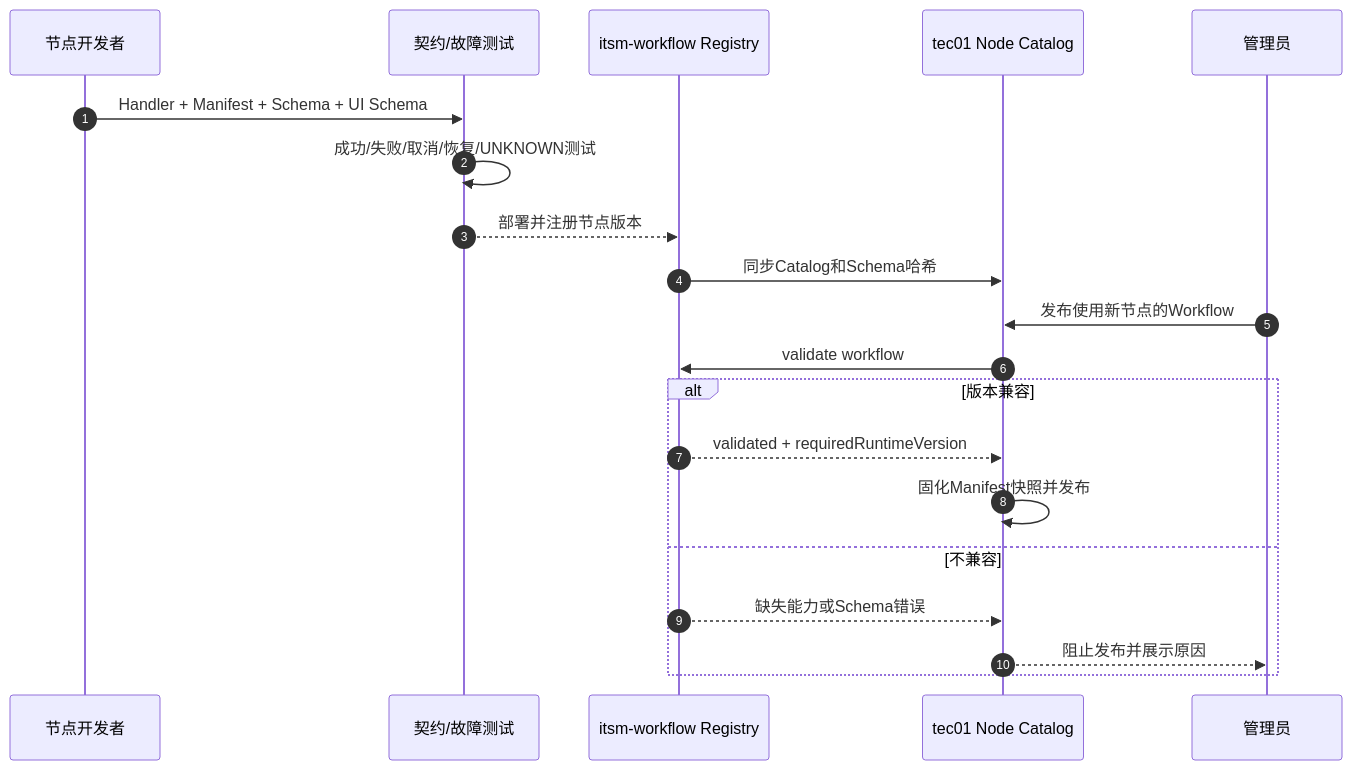
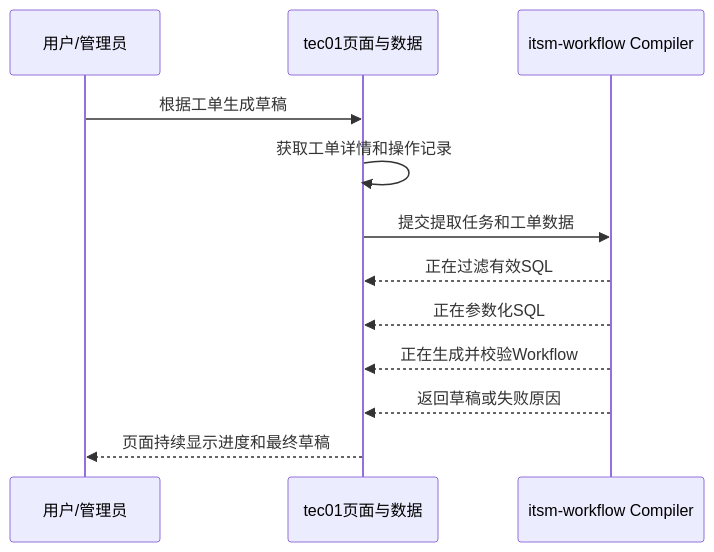
Before and after one commit to armin1024/itsm-workflow: the second of 5 diagrams in docs/tec01-control-plane-split.md, drawn with Mermaid. The commit also changed other lines of this file and 7 other files, not shown here.

Commit message:
docs: simplify tec01 push scheduling and user flows

````diff
--- a/docs/tec01-control-plane-split.md
+++ b/docs/tec01-control-plane-split.md
@@ -207,23 +55,15 @@
 ```mermaid
 sequenceDiagram
-    autonumber
-    participant D as 节点开发者
-    participant CI as 契约/故障测试
-    participant R as itsm-workflow Registry
-    participant T as tec01 Node Catalog
-    participant A as 管理员
+    participant U as 用户/管理员
+    participant T as tec01页面与数据
+    participant C as itsm-workflow Compiler
 
-    D->>CI: Handler + Manifest + Schema + UI Schema
-    CI->>CI: 成功/失败/取消/恢复/UNKNOWN测试
-    CI-->>R: 部署并注册节点版本
-    R->>T: 同步Catalog和Schema哈希
-    A->>T: 发布使用新节点的Workflow
-    T->>R: validate workflow
-    alt 版本兼容
-        R-->>T: validated + requiredRuntimeVersion
-        T->>T: 固化Manifest快照并发布
-    else 不兼容
-        R-->>T: 缺失能力或Schema错误
-        T-->>A: 阻止发布并展示原因
-    end
+    U->>T: 根据工单生成草稿
+    T->>T: 获取工单详情和操作记录
+    T->>C: 提交提取任务和工单数据
+    C-->>T: 正在过滤有效SQL
+    C-->>T: 正在参数化SQL
+    C-->>T: 正在生成并校验Workflow
+    C-->>T: 返回草稿或失败原因
+    T-->>U: 页面持续显示进度和最终草稿
 ```
````
